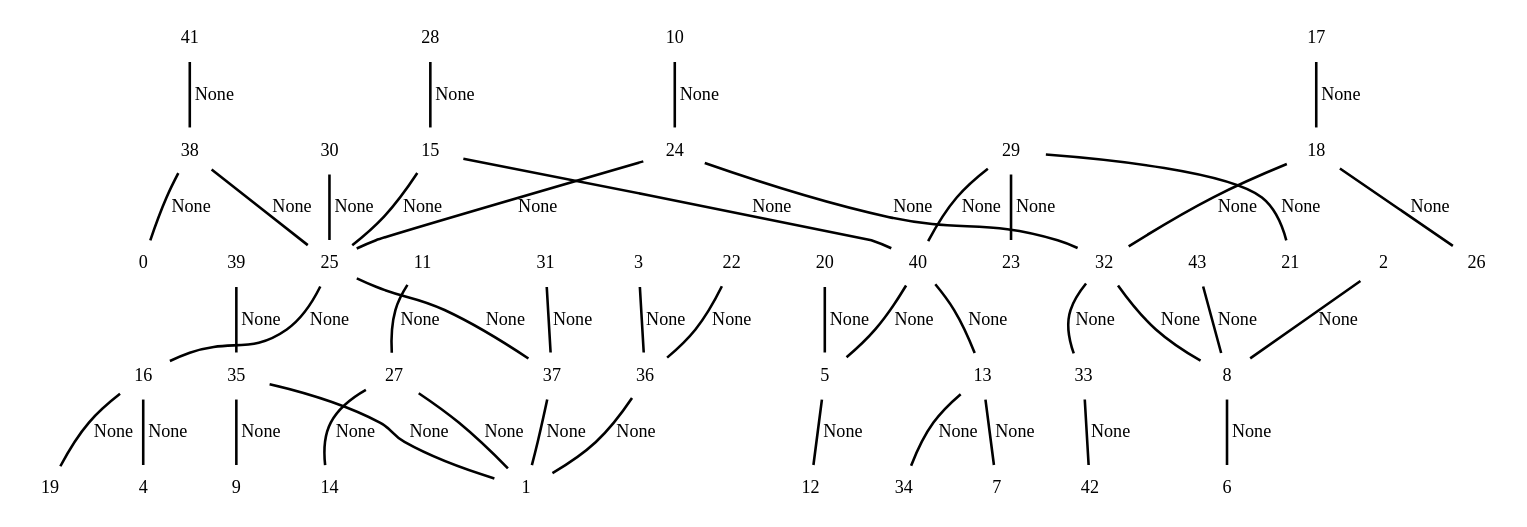
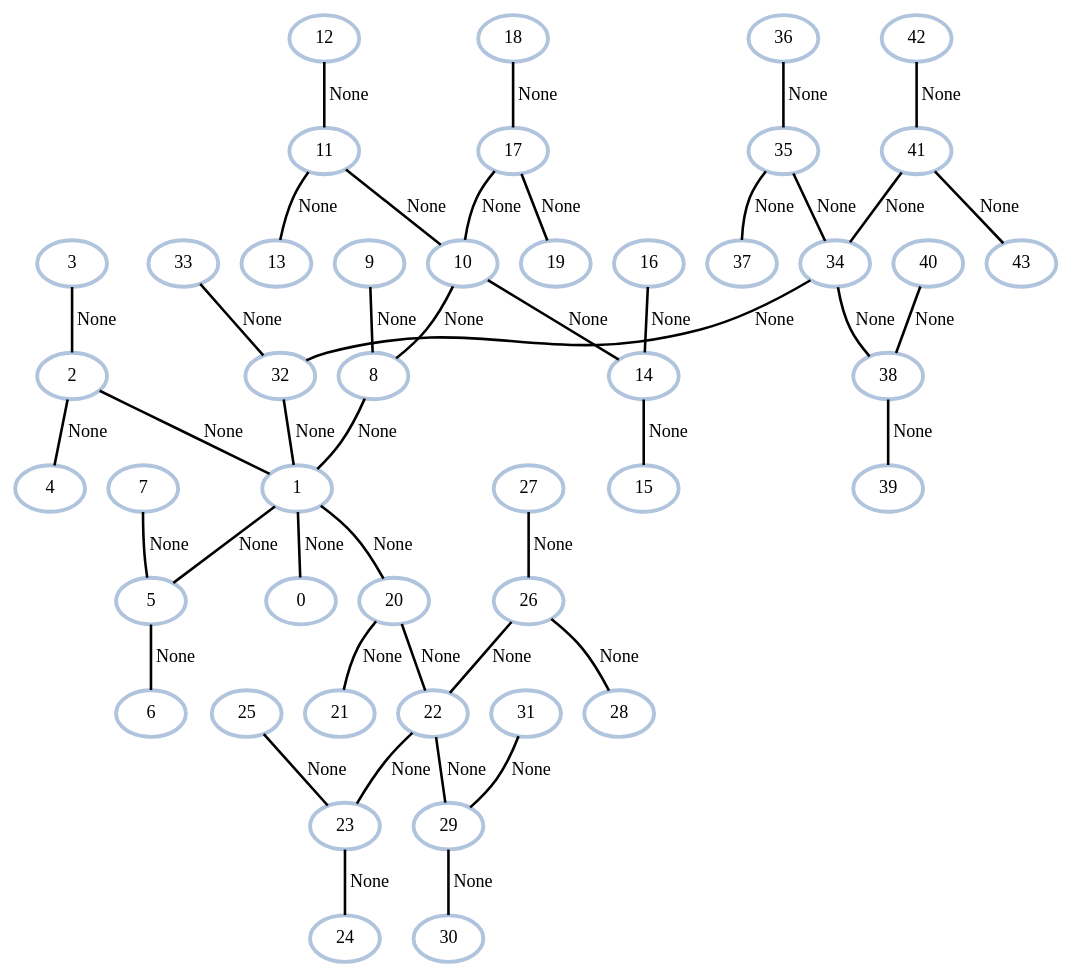
Before and after one commit to Deltanuke/GratisBier: the diagram in outputfirst.dot, drawn with Graphviz. The commit also changed 4 other files, not shown here.

```diff
--- a/outputfirst.dot
+++ b/outputfirst.dot
@@ -1,90 +1,90 @@
 graph G {
-    0 [penwidth=3,label="0",color="white"]
-    1 [penwidth=3,label="1",color="white"]
-    2 [penwidth=3,label="2",color="white"]
-    3 [penwidth=3,label="3",color="white"]
-    4 [penwidth=3,label="4",color="white"]
-    5 [penwidth=3,label="5",color="white"]
-    6 [penwidth=3,label="6",color="white"]
-    7 [penwidth=3,label="7",color="white"]
-    8 [penwidth=3,label="8",color="white"]
-    9 [penwidth=3,label="9",color="white"]
-    10 [penwidth=3,label="10",color="white"]
-    11 [penwidth=3,label="11",color="white"]
-    12 [penwidth=3,label="12",color="white"]
-    13 [penwidth=3,label="13",color="white"]
-    14 [penwidth=3,label="14",color="white"]
-    15 [penwidth=3,label="15",color="white"]
-    16 [penwidth=3,label="16",color="white"]
-    17 [penwidth=3,label="17",color="white"]
-    18 [penwidth=3,label="18",color="white"]
-    19 [penwidth=3,label="19",color="white"]
-    20 [penwidth=3,label="20",color="white"]
-    21 [penwidth=3,label="21",color="white"]
-    22 [penwidth=3,label="22",color="white"]
-    23 [penwidth=3,label="23",color="white"]
-    24 [penwidth=3,label="24",color="white"]
-    25 [penwidth=3,label="25",color="white"]
-    26 [penwidth=3,label="26",color="white"]
-    27 [penwidth=3,label="27",color="white"]
-    28 [penwidth=3,label="28",color="white"]
-    29 [penwidth=3,label="29",color="white"]
-    30 [penwidth=3,label="30",color="white"]
-    31 [penwidth=3,label="31",color="white"]
-    32 [penwidth=3,label="32",color="white"]
-    33 [penwidth=3,label="33",color="white"]
-    34 [penwidth=3,label="34",color="white"]
-    35 [penwidth=3,label="35",color="white"]
-    36 [penwidth=3,label="36",color="white"]
-    37 [penwidth=3,label="37",color="white"]
-    38 [penwidth=3,label="38",color="white"]
-    39 [penwidth=3,label="39",color="white"]
-    40 [penwidth=3,label="40",color="white"]
-    41 [penwidth=3,label="41",color="white"]
-    42 [penwidth=3,label="42",color="white"]
-    43 [penwidth=3,label="43",color="white"]
+    0 [penwidth=3,label="0",color="lightsteelblue"]
+    1 [penwidth=3,label="1",color="lightsteelblue"]
+    2 [penwidth=3,label="2",color="lightsteelblue"]
+    3 [penwidth=3,label="3",color="lightsteelblue"]
+    4 [penwidth=3,label="4",color="lightsteelblue"]
+    5 [penwidth=3,label="5",color="lightsteelblue"]
+    6 [penwidth=3,label="6",color="lightsteelblue"]
+    7 [penwidth=3,label="7",color="lightsteelblue"]
+    8 [penwidth=3,label="8",color="lightsteelblue"]
+    9 [penwidth=3,label="9",color="lightsteelblue"]
+    10 [penwidth=3,label="10",color="lightsteelblue"]
+    11 [penwidth=3,label="11",color="lightsteelblue"]
+    12 [penwidth=3,label="12",color="lightsteelblue"]
+    13 [penwidth=3,label="13",color="lightsteelblue"]
+    14 [penwidth=3,label="14",color="lightsteelblue"]
+    15 [penwidth=3,label="15",color="lightsteelblue"]
+    16 [penwidth=3,label="16",color="lightsteelblue"]
+    17 [penwidth=3,label="17",color="lightsteelblue"]
+    18 [penwidth=3,label="18",color="lightsteelblue"]
+    19 [penwidth=3,label="19",color="lightsteelblue"]
+    20 [penwidth=3,label="20",color="lightsteelblue"]
+    21 [penwidth=3,label="21",color="lightsteelblue"]
+    22 [penwidth=3,label="22",color="lightsteelblue"]
+    23 [penwidth=3,label="23",color="lightsteelblue"]
+    24 [penwidth=3,label="24",color="lightsteelblue"]
+    25 [penwidth=3,label="25",color="lightsteelblue"]
+    26 [penwidth=3,label="26",color="lightsteelblue"]
+    27 [penwidth=3,label="27",color="lightsteelblue"]
+    28 [penwidth=3,label="28",color="lightsteelblue"]
+    29 [penwidth=3,label="29",color="lightsteelblue"]
+    30 [penwidth=3,label="30",color="lightsteelblue"]
+    31 [penwidth=3,label="31",color="lightsteelblue"]
+    32 [penwidth=3,label="32",color="lightsteelblue"]
+    33 [penwidth=3,label="33",color="lightsteelblue"]
+    34 [penwidth=3,label="34",color="lightsteelblue"]
+    35 [penwidth=3,label="35",color="lightsteelblue"]
+    36 [penwidth=3,label="36",color="lightsteelblue"]
+    37 [penwidth=3,label="37",color="lightsteelblue"]
+    38 [penwidth=3,label="38",color="lightsteelblue"]
+    39 [penwidth=3,label="39",color="lightsteelblue"]
+    40 [penwidth=3,label="40",color="lightsteelblue"]
+    41 [penwidth=3,label="41",color="lightsteelblue"]
+    42 [penwidth=3,label="42",color="lightsteelblue"]
+    43 [penwidth=3,label="43",color="lightsteelblue"]
 
-    29--23 [penwidth=2,label="None"]
-    30--25 [penwidth=2,label="None"]
-    18--26 [penwidth=2,label="None"]
-    31--37 [penwidth=2,label="None"]
-    40--13 [penwidth=2,label="None"]
-    40--5 [penwidth=2,label="None"]
-    24--32 [penwidth=2,label="None"]
-    16--19 [penwidth=2,label="None"]
-    2--8 [penwidth=2,label="None"]
-    15--25 [penwidth=2,label="None"]
-    5--12 [penwidth=2,label="None"]
-    22--36 [penwidth=2,label="None"]
-    38--0 [penwidth=2,label="None"]
-    29--21 [penwidth=2,label="None"]
-    15--40 [penwidth=2,label="None"]
-    35--9 [penwidth=2,label="None"]
-    36--1 [penwidth=2,label="None"]
-    27--1 [penwidth=2,label="None"]
-    27--14 [penwidth=2,label="None"]
-    39--35 [penwidth=2,label="None"]
-    13--34 [penwidth=2,label="None"]
-    32--8 [penwidth=2,label="None"]
-    38--25 [penwidth=2,label="None"]
-    28--15 [penwidth=2,label="None"]
-    25--37 [penwidth=2,label="None"]
-    29--40 [penwidth=2,label="None"]
-    3--36 [penwidth=2,label="None"]
-    43--8 [penwidth=2,label="None"]
-    25--16 [penwidth=2,label="None"]
-    35--1 [penwidth=2,label="None"]
-    24--25 [penwidth=2,label="None"]
-    18--32 [penwidth=2,label="None"]
-    17--18 [penwidth=2,label="None"]
-    10--24 [penwidth=2,label="None"]
-    13--7 [penwidth=2,label="None"]
-    33--42 [penwidth=2,label="None"]
-    16--4 [penwidth=2,label="None"]
-    8--6 [penwidth=2,label="None"]
-    20--5 [penwidth=2,label="None"]
-    41--38 [penwidth=2,label="None"]
-    32--33 [penwidth=2,label="None"]
-    37--1 [penwidth=2,label="None"]
-    11--27 [penwidth=2,label="None"]
+    1--0 [penwidth=2,label="None"]
+    2--1 [penwidth=2,label="None"]
+    3--2 [penwidth=2,label="None"]
+    2--4 [penwidth=2,label="None"]
+    1--5 [penwidth=2,label="None"]
+    5--6 [penwidth=2,label="None"]
+    7--5 [penwidth=2,label="None"]
+    8--1 [penwidth=2,label="None"]
+    9--8 [penwidth=2,label="None"]
+    10--8 [penwidth=2,label="None"]
+    11--10 [penwidth=2,label="None"]
+    12--11 [penwidth=2,label="None"]
+    11--13 [penwidth=2,label="None"]
+    10--14 [penwidth=2,label="None"]
+    14--15 [penwidth=2,label="None"]
+    16--14 [penwidth=2,label="None"]
+    17--10 [penwidth=2,label="None"]
+    18--17 [penwidth=2,label="None"]
+    17--19 [penwidth=2,label="None"]
+    1--20 [penwidth=2,label="None"]
+    20--21 [penwidth=2,label="None"]
+    20--22 [penwidth=2,label="None"]
+    22--23 [penwidth=2,label="None"]
+    23--24 [penwidth=2,label="None"]
+    25--23 [penwidth=2,label="None"]
+    26--22 [penwidth=2,label="None"]
+    27--26 [penwidth=2,label="None"]
+    26--28 [penwidth=2,label="None"]
+    22--29 [penwidth=2,label="None"]
+    29--30 [penwidth=2,label="None"]
+    31--29 [penwidth=2,label="None"]
+    32--1 [penwidth=2,label="None"]
+    33--32 [penwidth=2,label="None"]
+    34--32 [penwidth=2,label="None"]
+    35--34 [penwidth=2,label="None"]
+    36--35 [penwidth=2,label="None"]
+    35--37 [penwidth=2,label="None"]
+    34--38 [penwidth=2,label="None"]
+    38--39 [penwidth=2,label="None"]
+    40--38 [penwidth=2,label="None"]
+    41--34 [penwidth=2,label="None"]
+    42--41 [penwidth=2,label="None"]
+    41--43 [penwidth=2,label="None"]
 }
```
